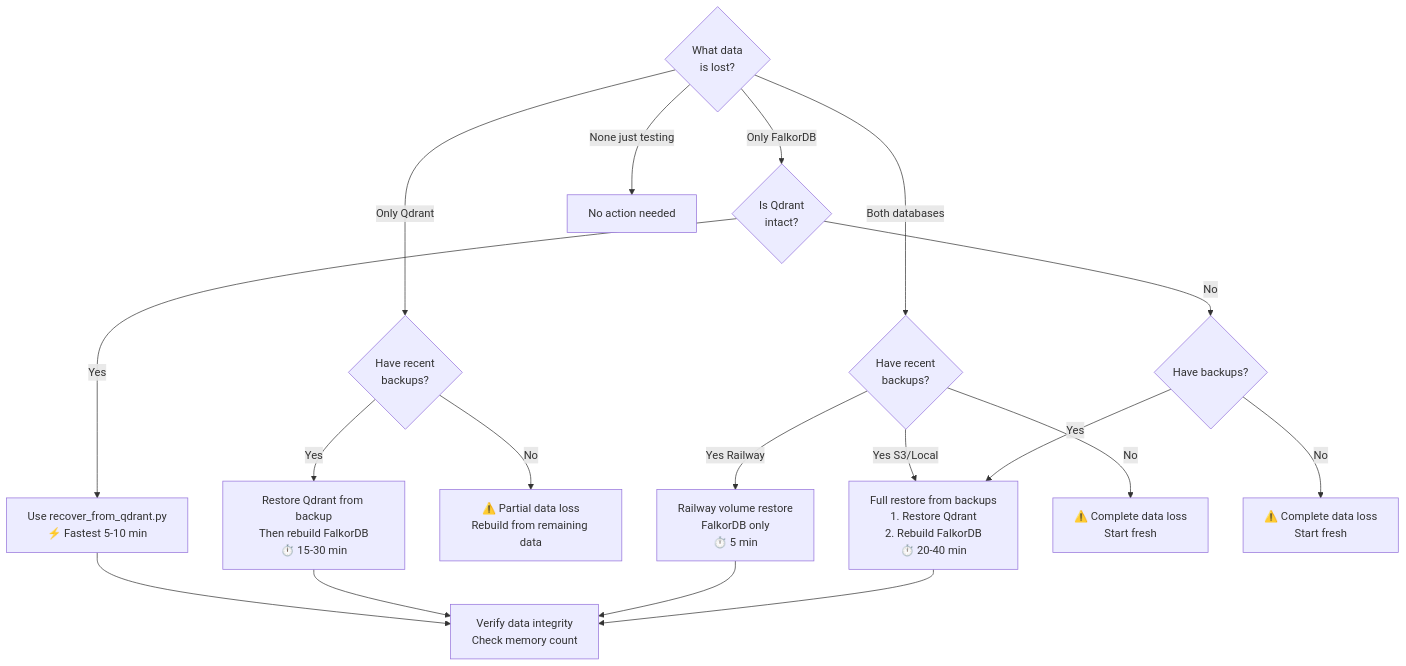
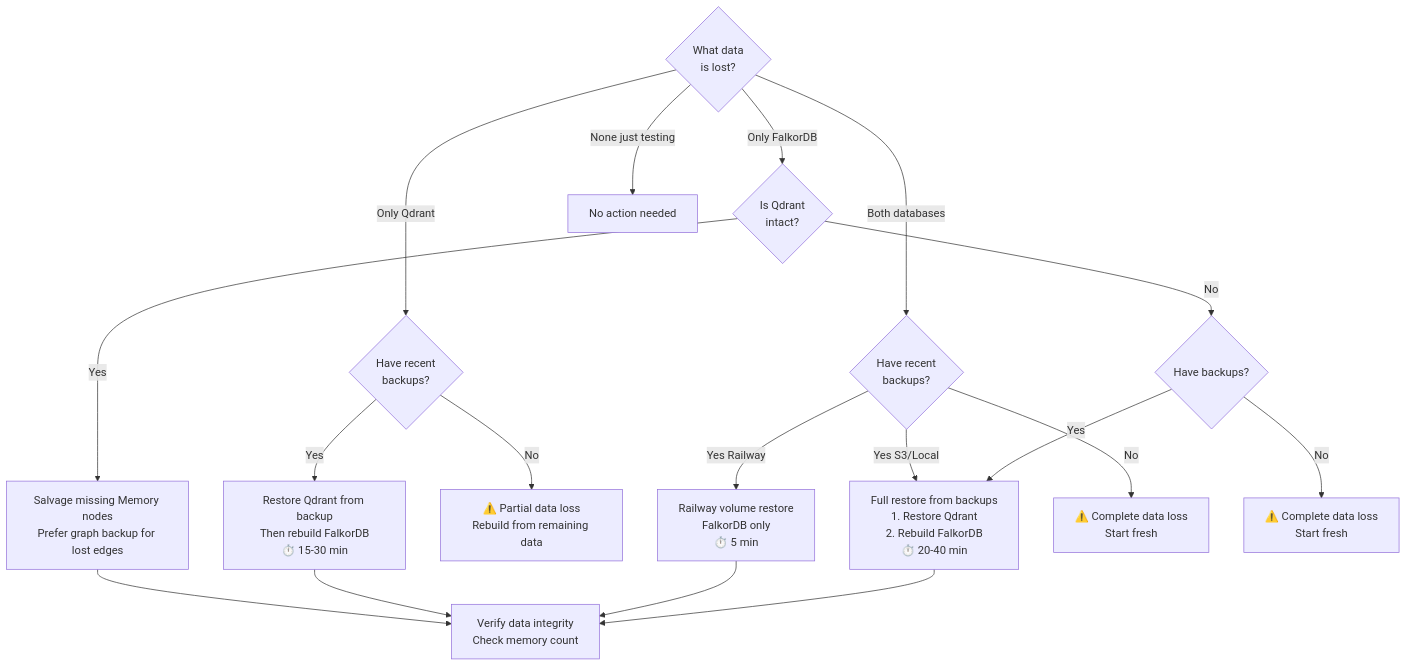
One commit to verygoodplugins/automem changed the third of 3 diagrams in docs/MONITORING_AND_BACKUPS.md. Above: the diagram before and after it, drawn with Mermaid. The commit also changed other lines of this file and 7 other files, not shown here.

````diff
--- a/docs/MONITORING_AND_BACKUPS.md
+++ b/docs/MONITORING_AND_BACKUPS.md
@@ -372,27 +372,27 @@
 ```mermaid
 flowchart TD
     Start{What data<br/>is lost?}
 
     Start -->|Only FalkorDB| QdrantCheck{Is Qdrant<br/>intact?}
     Start -->|Only Qdrant| BackupCheck1{Have recent<br/>backups?}
     Start -->|Both databases| BackupCheck2{Have recent<br/>backups?}
     Start -->|None just testing| NoAction[No action needed]
 
-    QdrantCheck -->|Yes| RecoverQdrant[Use recover_from_qdrant.py<br/>⚡ Fastest 5-10 min]
+    QdrantCheck -->|Yes| RecoverQdrant[Salvage missing Memory nodes<br/>Prefer graph backup for lost edges]
     QdrantCheck -->|No| BackupCheck3{Have backups?}
 
     BackupCheck1 -->|Yes| RestoreQdrant[Restore Qdrant from backup<br/>Then rebuild FalkorDB<br/>⏱️ 15-30 min]
     BackupCheck1 -->|No| DataLoss1[⚠️ Partial data loss<br/>Rebuild from remaining data]
 
     BackupCheck2 -->|Yes Railway| RailwayRestore[Railway volume restore<br/>FalkorDB only<br/>⏱️ 5 min]
     BackupCheck2 -->|Yes S3/Local| FullRestore[Full restore from backups<br/>1. Restore Qdrant<br/>2. Rebuild FalkorDB<br/>⏱️ 20-40 min]
     BackupCheck2 -->|No| DataLoss2[⚠️ Complete data loss<br/>Start fresh]
 
     BackupCheck3 -->|Yes| FullRestore
     BackupCheck3 -->|No| DataLoss3[⚠️ Complete data loss<br/>Start fresh]
 
     RecoverQdrant --> Verify[Verify data integrity<br/>Check memory count]
     RestoreQdrant --> Verify
     RailwayRestore --> Verify
     FullRestore --> Verify
 ```
````
